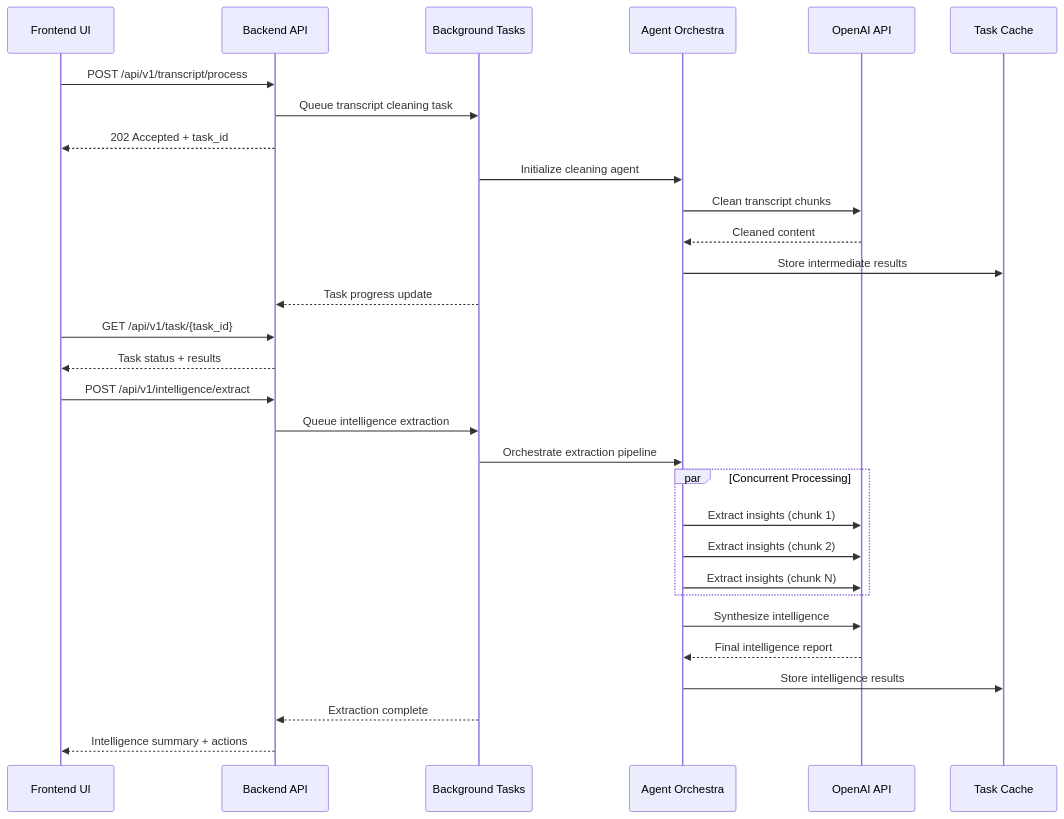
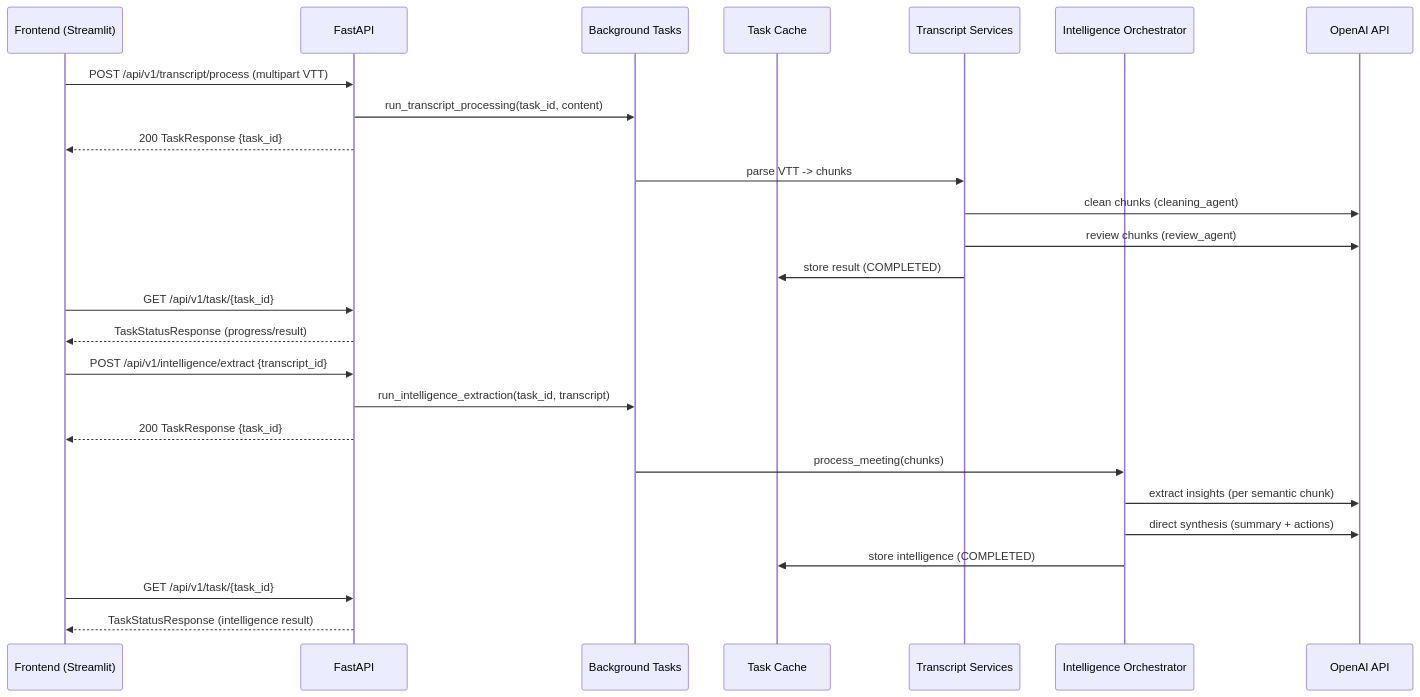
One commit to denim-bluu/meeting_transcripts_cleaner changed the second of 2 diagrams in README.md. Above: the diagram before and after it, drawn with Mermaid. The commit also changed other lines of this file, not shown here.

Commit message:
Revamp README with detailed system overview and updated diagrams

````diff
--- a/README.md
+++ b/README.md
@@ -137,40 +93,32 @@
 ```mermaid
 sequenceDiagram
-    participant UI as Frontend UI
-    participant API as Backend API
-    participant BG as Background Tasks
-    participant AG as Agent Orchestra
-    participant AI as OpenAI API
-    participant TC as Task Cache
+  participant FE as Frontend (Streamlit)
+  participant API as FastAPI
+  participant BG as Background Tasks
+  participant TC as Task Cache
+  participant TR as Transcript Services
+  participant IN as Intelligence Orchestrator
+  participant OA as OpenAI API
 
-    UI->>API: POST /api/v1/transcript/process
-    API->>BG: Queue transcript cleaning task
-    API-->>UI: 202 Accepted + task_id
+  FE->>API: POST /api/v1/transcript/process (multipart VTT)
+  API->>BG: run_transcript_processing(task_id, content)
+  API-->>FE: 200 TaskResponse {task_id}
+  BG->>TR: parse VTT -> chunks
+  TR->>OA: clean chunks (cleaning_agent)
+  TR->>OA: review chunks (review_agent)
+  TR->>TC: store result (COMPLETED)
 
-    BG->>AG: Initialize cleaning agent
-    AG->>AI: Clean transcript chunks
-    AI-->>AG: Cleaned content
-    AG->>TC: Store intermediate results
-    BG-->>API: Task progress update
+  FE->>API: GET /api/v1/task/{task_id}
+  API-->>FE: TaskStatusResponse (progress/result)
 
-    UI->>API: GET /api/v1/task/{task_id}
-    API-->>UI: Task status + results
+  FE->>API: POST /api/v1/intelligence/extract {transcript_id}
+  API->>BG: run_intelligence_extraction(task_id, transcript)
+  API-->>FE: 200 TaskResponse {task_id}
+  BG->>IN: process_meeting(chunks)
+  IN->>OA: extract insights (per semantic chunk)
+  IN->>OA: direct synthesis (summary + actions)
+  IN->>TC: store intelligence (COMPLETED)
 
-    UI->>API: POST /api/v1/intelligence/extract
-    API->>BG: Queue intelligence extraction
-
-    BG->>AG: Orchestrate extraction pipeline
-
-    par Concurrent Processing
-        AG->>AI: Extract insights (chunk 1)
-        AG->>AI: Extract insights (chunk 2)
-        AG->>AI: Extract insights (chunk N)
-    end
-
-    AG->>AI: Synthesize intelligence
-    AI-->>AG: Final intelligence report
-    AG->>TC: Store intelligence results
-    BG-->>API: Extraction complete
-
-    API-->>UI: Intelligence summary + actions
+  FE->>API: GET /api/v1/task/{task_id}
+  API-->>FE: TaskStatusResponse (intelligence result)
 ```
````
